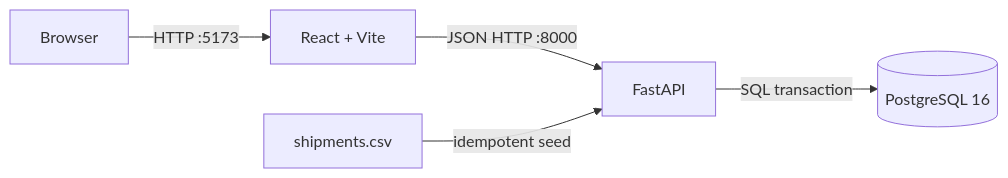
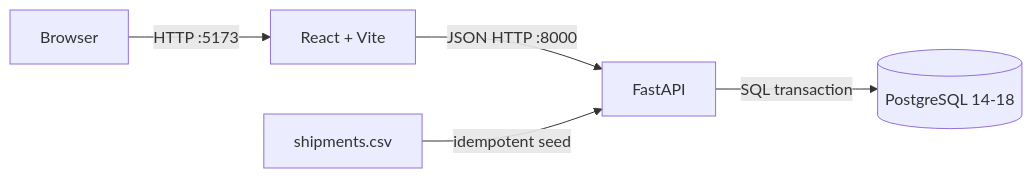
One commit to zhangyizhou99/delivery-status-tracker changed the first of 2 diagrams in DEVELOPMENT_PLAN.md. Above: the diagram before and after it, drawn with Mermaid. The commit also changed other lines of this file and 10 other files, not shown here.

````diff
--- a/DEVELOPMENT_PLAN.md
+++ b/DEVELOPMENT_PLAN.md
@@ -137,7 +137,7 @@
 ```mermaid
 flowchart LR
     Browser[Browser] -->|HTTP :5173| Web[React + Vite]
     Web -->|JSON HTTP :8000| API[FastAPI]
-    API -->|SQL transaction| DB[(PostgreSQL 16)]
+    API -->|SQL transaction| DB[(PostgreSQL 14-18)]
     CSV[shipments.csv] -->|idempotent seed| API
 ```
````
